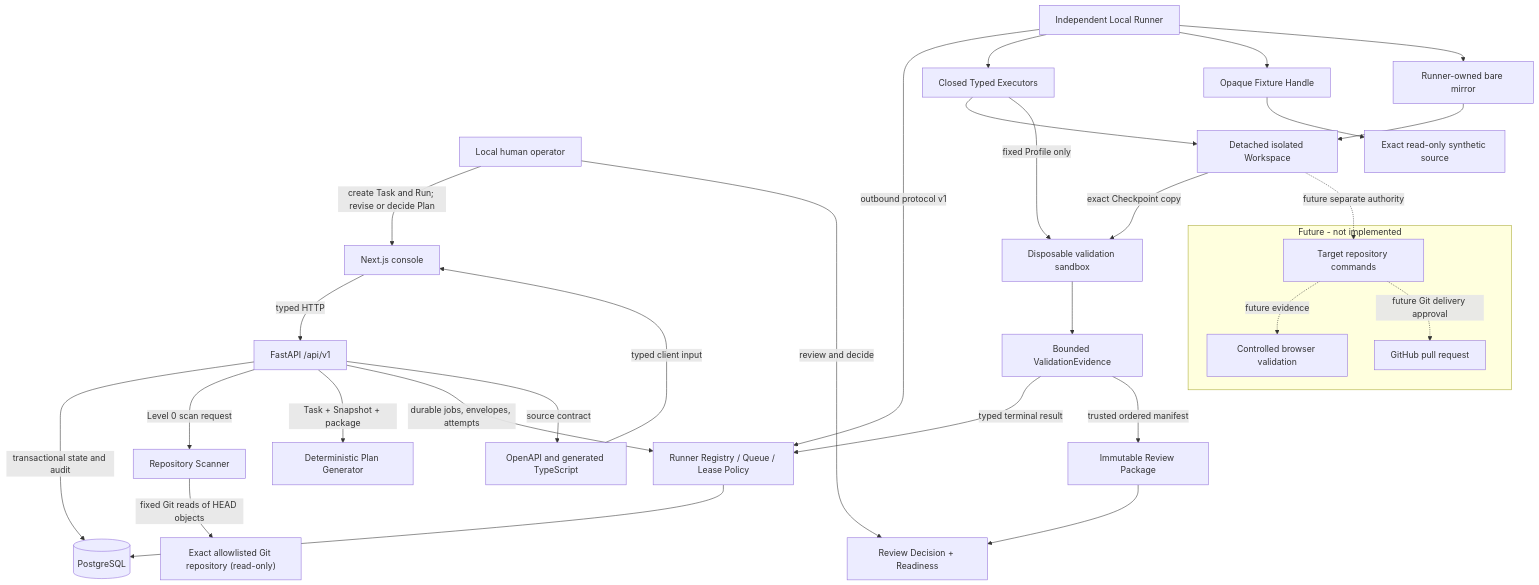
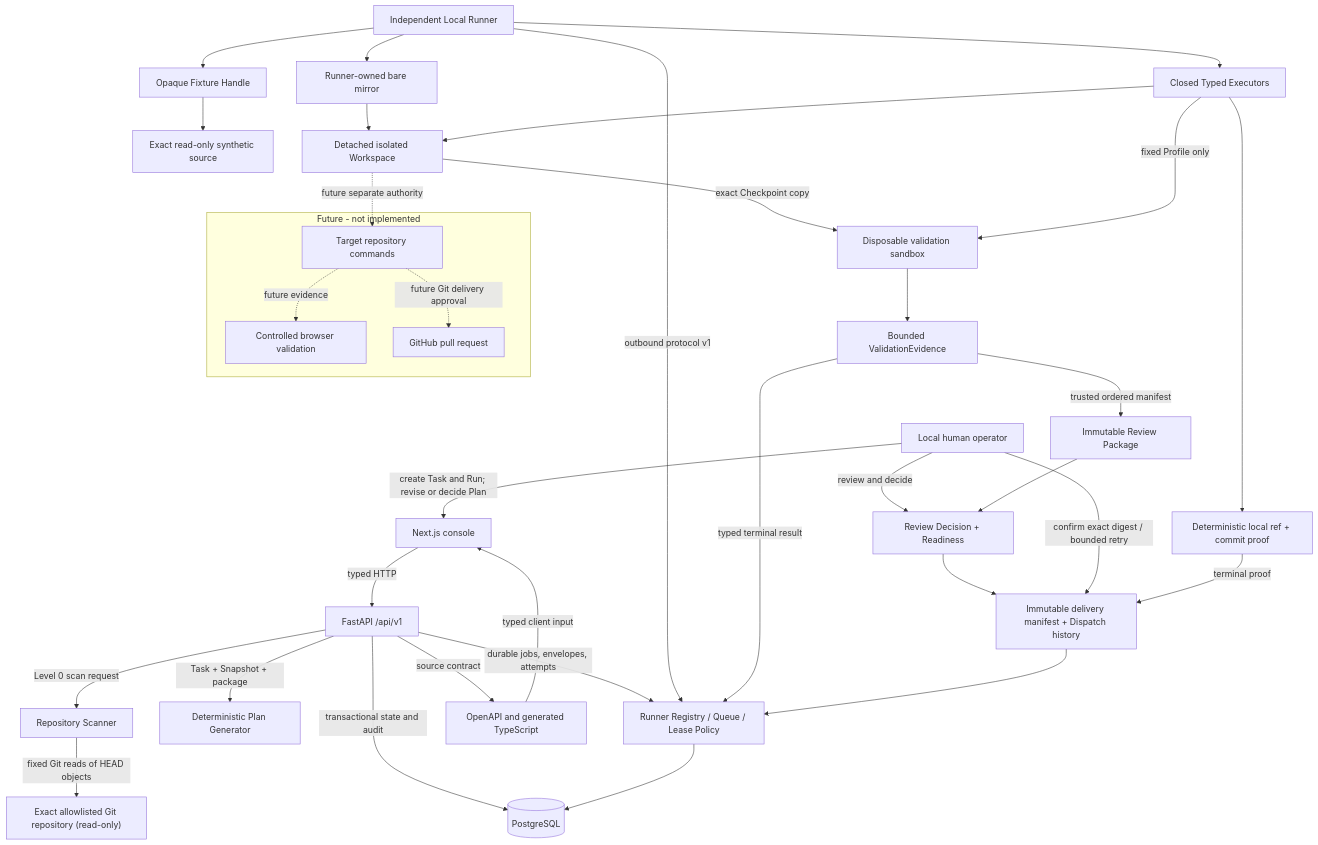
One commit to dankk0220abc-prog/visual-engineer changed the first of 7 diagrams in docs/architecture/system-overview.md. Above: the diagram before and after it, drawn with Mermaid. The commit also changed other lines of this file and 39 other files, not shown here.

Commit message:
feat(delivery): add governed local delivery lifecycle

````diff
--- a/docs/architecture/system-overview.md
+++ b/docs/architecture/system-overview.md
@@ -9,57 +9,64 @@
 ```mermaid
 flowchart TB
     H["Local human operator"]
     W["Next.js console"]
     A["FastAPI /api/v1"]
     D[("PostgreSQL")]
     S["Repository Scanner"]
     R["Exact allowlisted Git repository (read-only)"]
     P["Deterministic Plan Generator"]
     Q["Runner Registry / Queue / Lease Policy"]
     LR["Independent Local Runner"]
     E["Closed Typed Executors"]
     HND["Opaque Fixture Handle"]
     SRC["Exact read-only synthetic source"]
     M["Runner-owned bare mirror"]
     IW["Detached isolated Workspace"]
     VS["Disposable validation sandbox"]
     VE["Bounded ValidationEvidence"]
     RP["Immutable Review Package"]
     RD["Review Decision + Readiness"]
+    DM["Immutable delivery manifest + Dispatch history"]
+    LC["Deterministic local ref + commit proof"]
     O["OpenAPI and generated TypeScript"]
 
     H -->|"create Task and Run; revise or decide Plan"| W
     W -->|"typed HTTP"| A
     A -->|"transactional state and audit"| D
     A -->|"Level 0 scan request"| S
     S -->|"fixed Git reads of HEAD objects"| R
     A -->|"Task + Snapshot + package"| P
     A -->|"durable jobs, envelopes, attempts"| Q
     Q --> D
     LR -->|"outbound protocol v1"| Q
     LR --> E
     LR --> HND
     HND --> SRC
     LR --> M
     M --> IW
     E --> IW
     IW -->|"exact Checkpoint copy"| VS
     E -->|"fixed Profile only"| VS
     VS --> VE
     VE -->|"typed terminal result"| Q
     VE -->|"trusted ordered manifest"| RP
     H -->|"review and decide"| RD
     RP --> RD
+    RD --> DM
+    H -->|"confirm exact digest / bounded retry"| DM
+    DM --> Q
+    E --> LC
+    LC -->|"terminal proof"| DM
     A -->|"source contract"| O
     O -->|"typed client input"| W
 
     subgraph Future["Future - not implemented"]
         B["Controlled browser validation"]
         G["GitHub pull request"]
         C["Target repository commands"]
     end
 
     IW -. "future separate authority" .-> C
     C -. "future evidence" .-> B
     C -. "future Git delivery approval" .-> G
 ```
````
